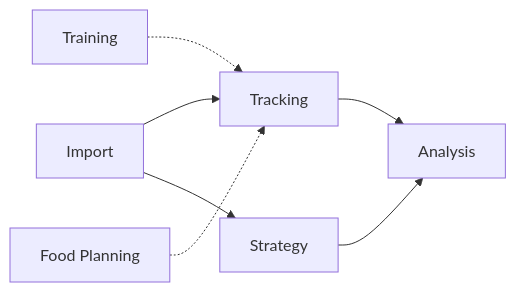
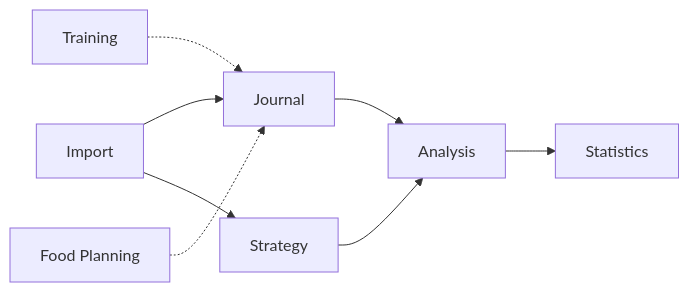
The diagram in docs/plans/PLAN.md (SylvainJanet/tracker), drawn with Mermaid before and after one commit. The commit also changed other lines of this file and 15 other files, not shown here.

````diff
--- a/docs/plans/PLAN.md
+++ b/docs/plans/PLAN.md
@@ -35,9 +45,10 @@
 ```mermaid
 flowchart LR
-    Import --> Tracking
+    Import --> Journal
     Import --> Strategy
-    Tracking --> Analysis
+    Journal --> Analysis
     Strategy --> Analysis
-    Training -.-> Tracking
-    FoodPlanning["Food Planning"] -.-> Tracking
+    Analysis --> Statistics
+    Training -.-> Journal
+    FoodPlanning["Food Planning"] -.-> Journal
 ```
````
